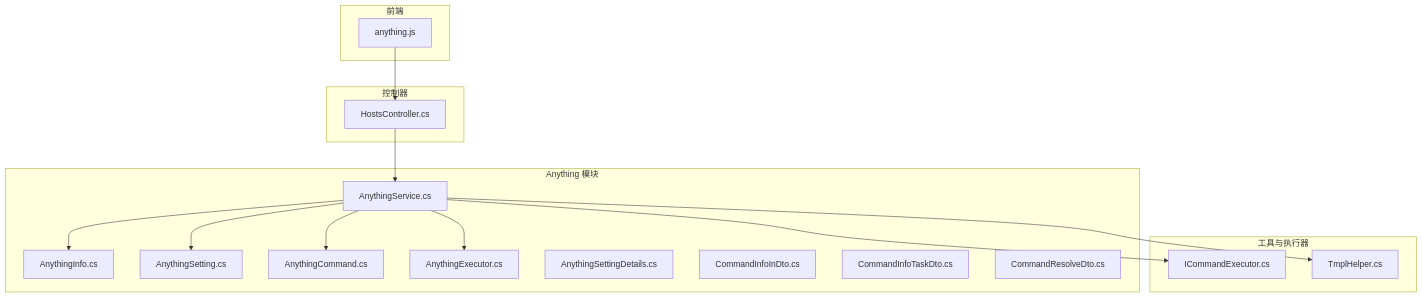
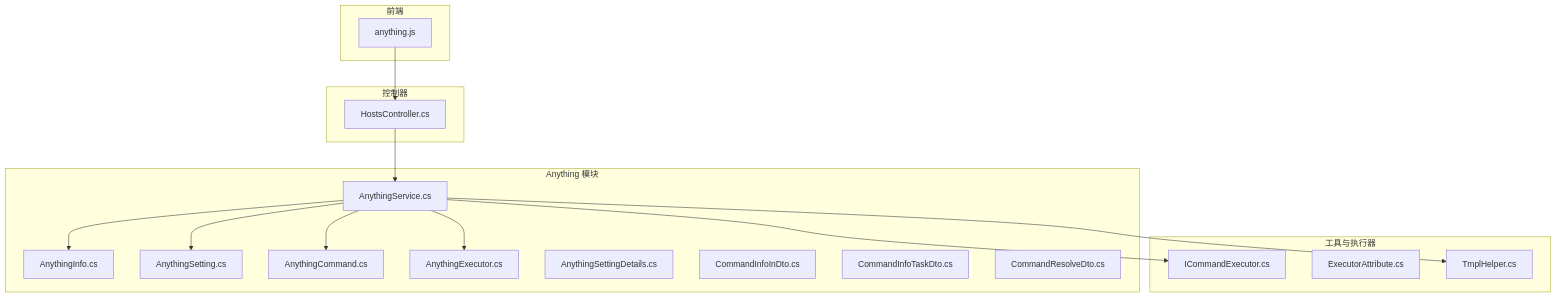
Before and after one commit to Sosososolong/AirGo: the first of 9 diagrams in .qoder/repowiki/zh/content/项目概述/核心特性/远程主机管理/AnythingService 核心功能.md, drawn with Mermaid. The commit also changed other lines of this file and 7 other files, not shown here.

````diff
--- a/.qoder/repowiki/zh/content/项目概述/核心特性/远程主机管理/AnythingService 核心功能.md
+++ b/.qoder/repowiki/zh/content/项目概述/核心特性/远程主机管理/AnythingService 核心功能.md
@@ -47,32 +55,33 @@
 ```mermaid
 graph TB
 subgraph "Anything 模块"
 AS["AnythingService.cs"]
 ASI["AnythingInfo.cs"]
 ASS["AnythingSetting.cs"]
 ASC["AnythingCommand.cs"]
 ASE["AnythingExecutor.cs"]
 ASD["AnythingSettingDetails.cs"]
 CID["CommandInfoInDto.cs"]
 CIT["CommandInfoTaskDto.cs"]
 CRD["CommandResolveDto.cs"]
 end
 subgraph "控制器"
 HC["HostsController.cs"]
 end
 subgraph "工具与执行器"
 ICMD["ICommandExecutor.cs"]
+EATTR["ExecutorAttribute.cs"]
 TMPL["TmplHelper.cs"]
 end
 subgraph "前端"
 JS["anything.js"]
 end
 HC --> AS
 AS --> ASI
 AS --> ASS
 AS --> ASC
 AS --> ASE
 AS --> TMPL
 AS --> ICMD
 JS --> HC
 ```
````
